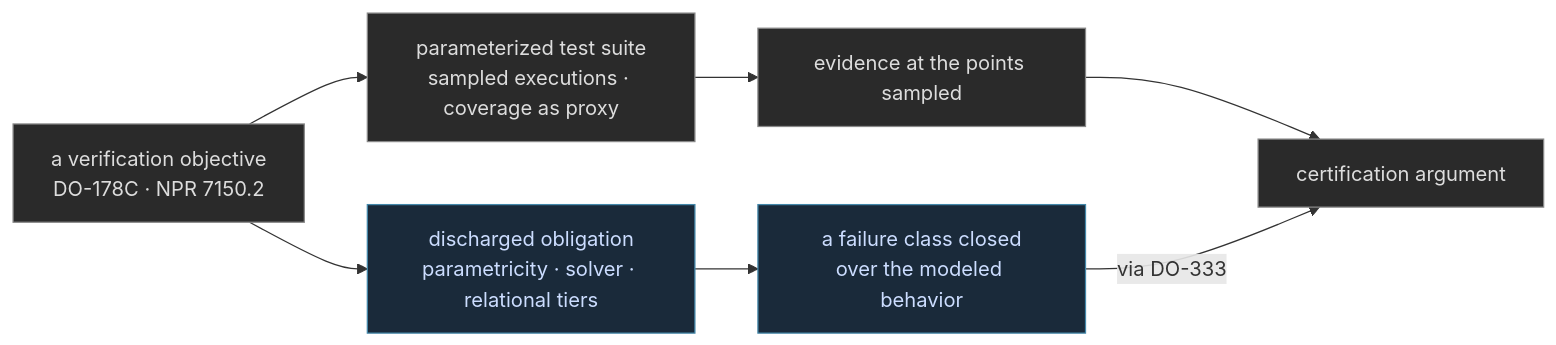
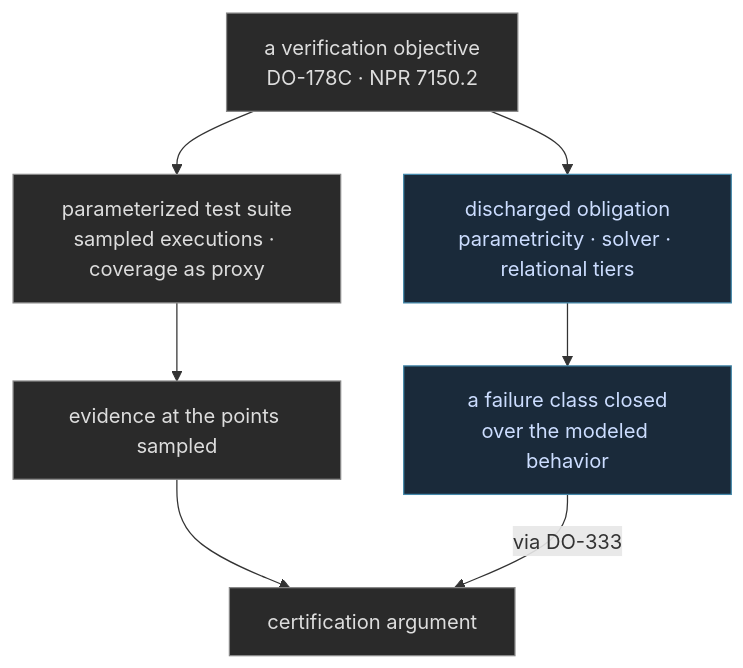
The fourth of 4 diagrams in hugo/content/blog/flight-qualified-bytecode.md (FidelityFramework/clef-lang-site), drawn with Mermaid before and after one commit. The commit also changed other lines of this file and 4 other files, not shown here.

````diff
--- a/hugo/content/blog/flight-qualified-bytecode.md
+++ b/hugo/content/blog/flight-qualified-bytecode.md
@@ -76,14 +121,14 @@
 ```mermaid
-flowchart LR
+flowchart TD
     OBJ["a verification objective<br/>DO-178C · NPR 7150.2"]
     OBJ --> T["parameterized test suite<br/>sampled executions · coverage as proxy"]
     OBJ --> D["discharged obligation<br/>parametricity · solver · relational tiers"]
     T --> E1["evidence at the points sampled"]
     D --> E2["a failure class closed<br/>over the modeled behavior"]
     E1 --> CA["certification argument"]
     E2 -->|"via DO-333"| CA
     classDef ours fill:#1a2a3a,stroke:#48a,color:#cdf;
     classDef theirs fill:#2a2a2a,stroke:#888,color:#ddd;
     class D,E2 ours;
     class OBJ,T,E1,CA theirs;
 ```
````
